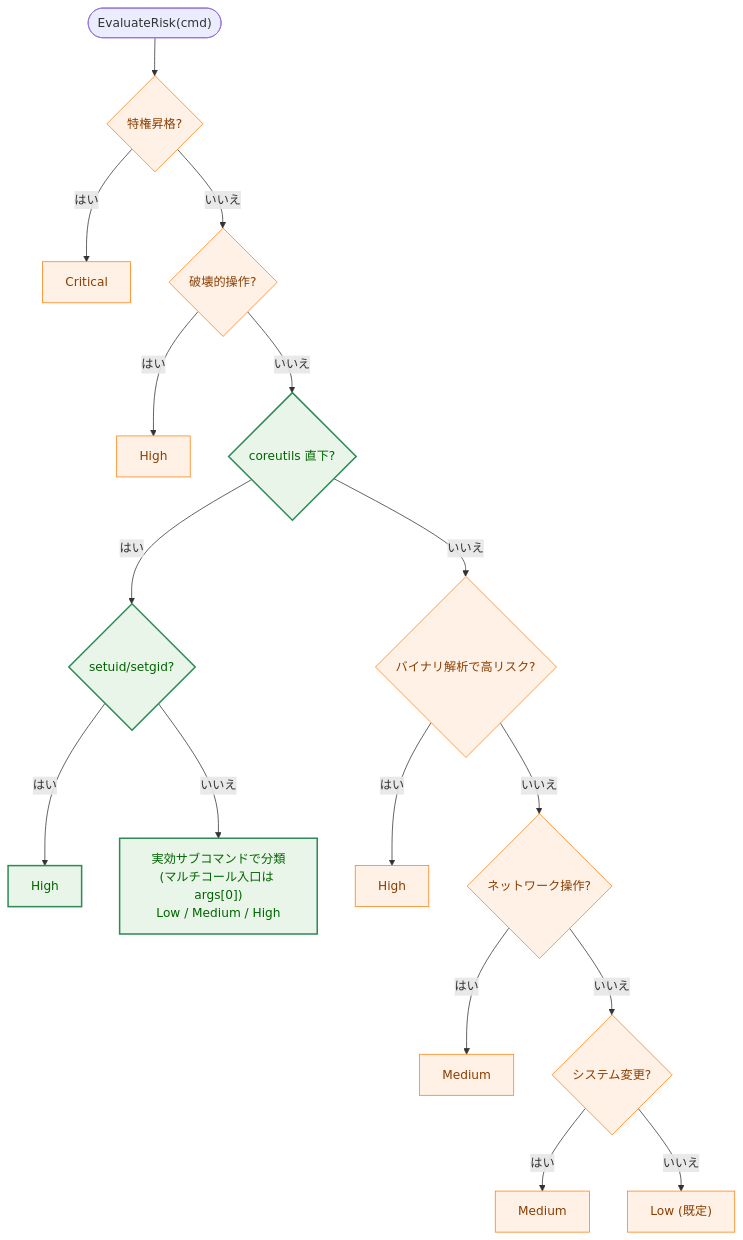
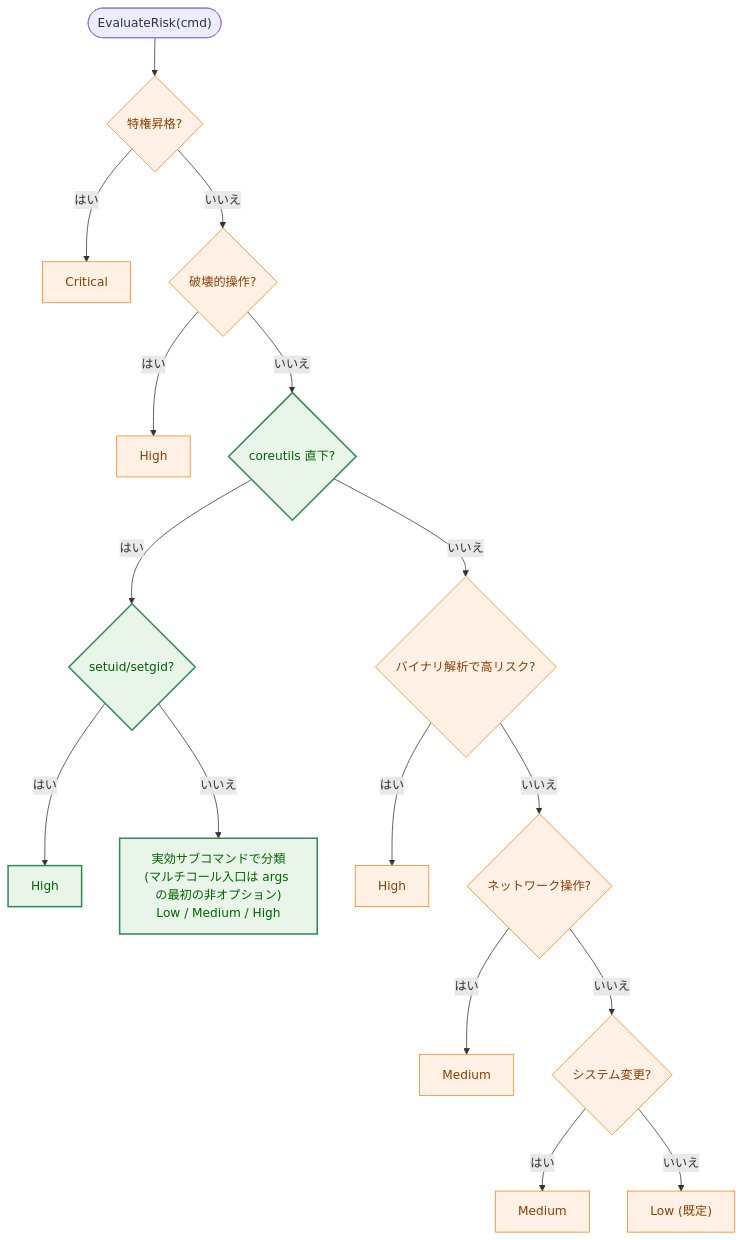
Before and after one commit to isseis/go-safe-cmd-runner: the ninth of 10 diagrams in docs/tasks/0135_rust_coreutils_support/02_architecture.md, drawn with Mermaid. The commit also changed other lines of this file, not shown here.

````diff
--- a/docs/tasks/0135_rust_coreutils_support/02_architecture.md
+++ b/docs/tasks/0135_rust_coreutils_support/02_architecture.md
@@ -396,24 +396,24 @@
 ```mermaid
 flowchart TD
     classDef process fill:#fff1e6,stroke:#ff7f0e,stroke-width:1px,color:#8a3e00;
     classDef enhanced fill:#e8f5e8,stroke:#2e8b57,stroke-width:2px,color:#006400;
 
     S(["EvaluateRisk(cmd)"]) --> P{"特権昇格?"}
     P -->|"はい"| RC["Critical"]
     P -->|"いいえ"| D{"破壊的操作?"}
     D -->|"はい"| RH["High"]
     D -->|"いいえ"| CU{"coreutils 直下?"}
     CU -->|"はい"| SU{"setuid/setgid?"}
     SU -->|"はい"| RHS["High"]
-    SU -->|"いいえ"| RCU["実効サブコマンドで分類<br>(マルチコール入口は args[0])<br>Low / Medium / High"]
+    SU -->|"いいえ"| RCU["実効サブコマンドで分類<br>(マルチコール入口は args の最初の非オプション)<br>Low / Medium / High"]
     CU -->|"いいえ"| NWH{"バイナリ解析で高リスク?"}
     NWH -->|"はい"| RH2["High"]
     NWH -->|"いいえ"| NW{"ネットワーク操作?"}
     NW -->|"はい"| RM["Medium"]
     NW -->|"いいえ"| SM{"システム変更?"}
     SM -->|"はい"| RM2["Medium"]
     SM -->|"いいえ"| RL["Low (既定)"]
 
     class CU,SU,RCU,RHS enhanced
     class P,D,NWH,NW,SM,RC,RH,RH2,RM,RM2,RL process
 ```
````
